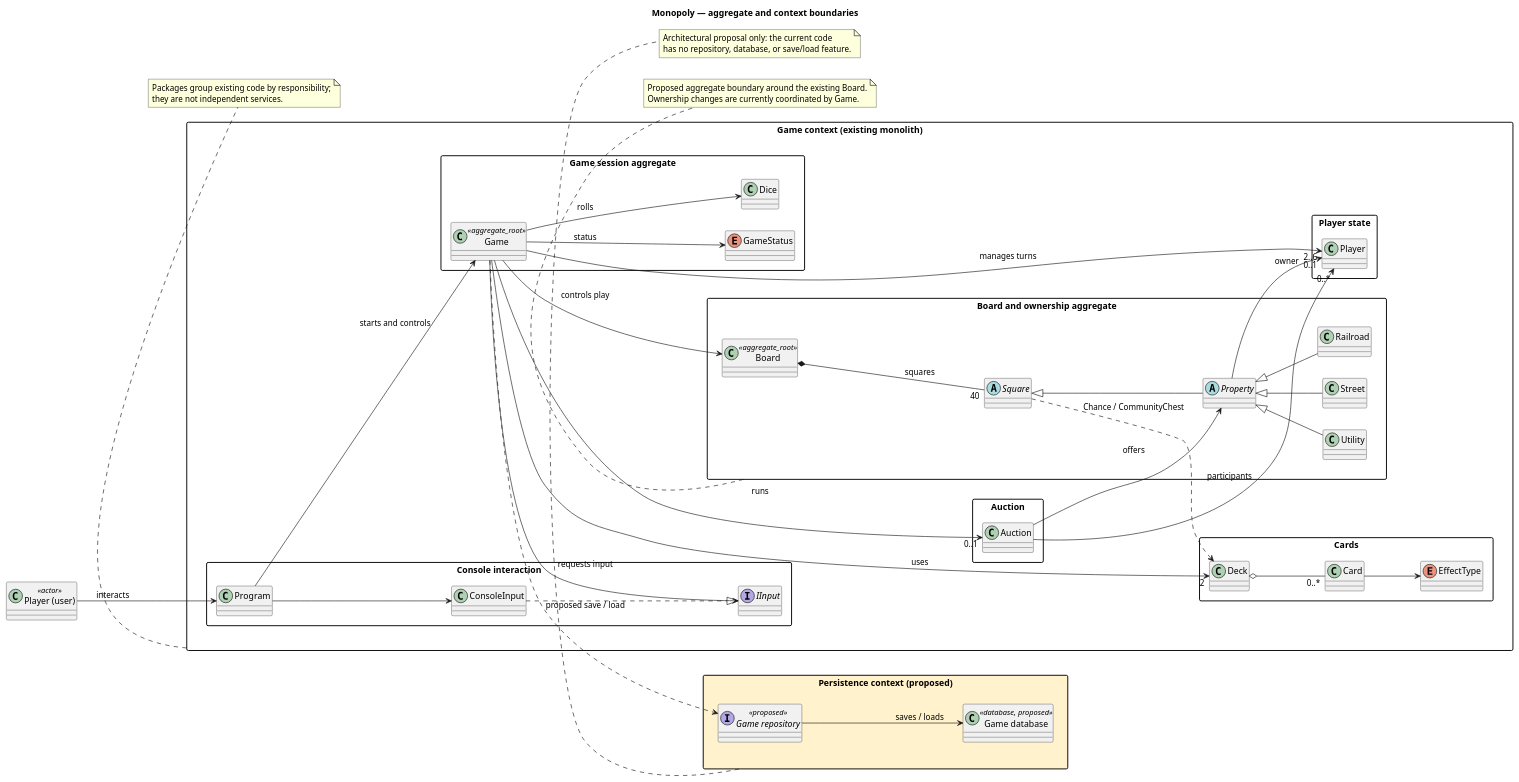
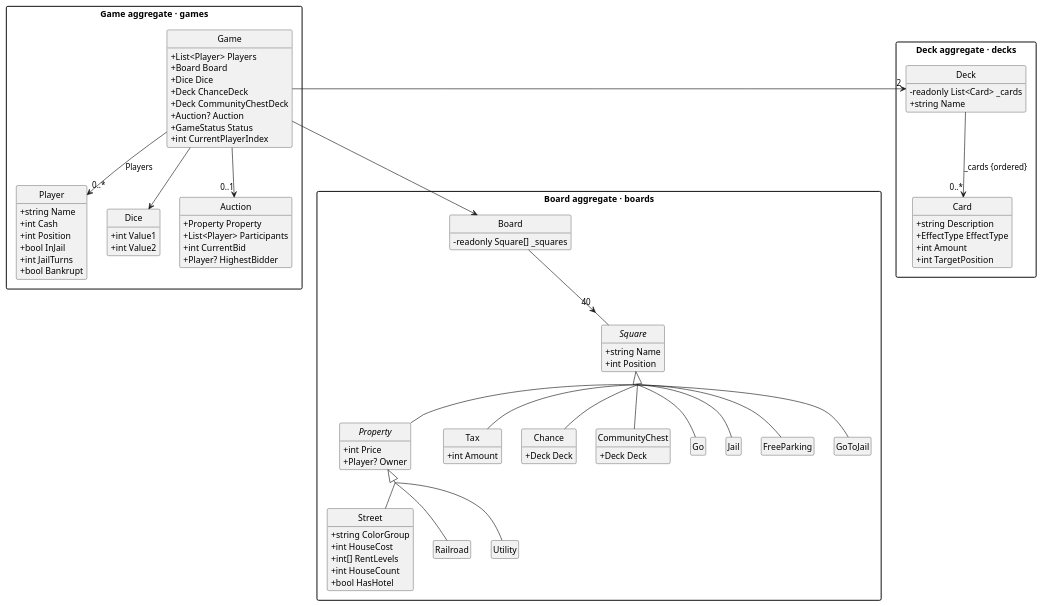
Before and after one commit to penamarth/bsbo-11-24_team4_var14_monopoly: the diagram in агрегаты.puml, drawn with PlantUML. The commit also changed 22 other files, not shown here.

Commit message:
переделали агрегаты, puml диаграммы последовательности и подкоректировали описание прецедентов и программы

```diff
--- a/агрегаты.puml
+++ b/агрегаты.puml
@@ -1,89 +1,126 @@
 @startuml
-title Monopoly — aggregate and context boundaries
-left to right direction
+
+skinparam shadowing false
 skinparam packageStyle rectangle
-skinparam shadowing false
+skinparam classAttributeIconSize 0
+skinparam groupInheritance 2
+skinparam ranksep 42
+skinparam nodesep 32
+hide circle
+hide empty members
 
-class "Player (user)" as User <<actor>>
-
-package "Game context (existing monolith)" as GameContext {
-  package "Game session aggregate" as Session {
-    class Game <<aggregate_root>>
-    enum GameStatus
-    class Dice
-    Game --> GameStatus : status
-    Game --> Dice : rolls
+package "Game aggregate · games" as GameAggregate {
+  class Game {
+    + List<Player> Players
+    + Board Board
+    + Dice Dice
+    + Deck ChanceDeck
+    + Deck CommunityChestDeck
+    + Auction? Auction
+    + GameStatus Status
+    + int CurrentPlayerIndex
   }
 
-  package "Board and ownership aggregate" as BoardAggregate {
-    class Board <<aggregate_root>>
-    abstract class Square
-    abstract class Property
-    class Street
-    class Railroad
-    class Utility
-    Board *-- "40" Square : squares
-    Square <|-- Property
-    Property <|-- Street
-    Property <|-- Railroad
-    Property <|-- Utility
+  class Player {
+    + string Name
+    + int Cash
+    + int Position
+    + bool InJail
+    + int JailTurns
+    + bool Bankrupt
   }
 
-  package "Player state" as PlayerGroup {
-    class Player
+  class Dice {
+    + int Value1
+    + int Value2
   }
 
-  package "Cards" as Cards {
-    class Deck
-    class Card
-    enum EffectType
-    Deck o-- "0..*" Card
-    Card --> EffectType
+  class Auction {
+    + Property Property
+    + List<Player> Participants
+    + int CurrentBid
+    + Player? HighestBidder
   }
 
-  package "Auction" as AuctionGroup {
-    class Auction
+  Game --> "0..*" Player : Players
+  Game --> Dice
+  Game --> "0..1" Auction
+}
+
+package "Board aggregate · boards" as BoardAggregate  {
+  class Board {
+    - readonly Square[] _squares
   }
 
-  package "Console interaction" as ConsoleGroup {
-    class Program
-    interface IInput
-    class ConsoleInput
-    ConsoleInput ..|> IInput
-    Program --> ConsoleInput
+  abstract class Square {
+    + string Name
+    + int Position
   }
 
-  Game --> "2..6" Player : manages turns
-  Game --> Board : controls play
-  Game --> "2" Deck : uses
-  Game --> "0..1" Auction : runs
-  Game --> IInput : requests input
-  Property --> "0..1" Player : owner
-  Auction --> Property : offers
-  Auction --> "0..*" Player : participants
-  Square ..> Deck : Chance / CommunityChest
-  Program --> Game : starts and controls
+  abstract class Property {
+    + int Price
+    + Player? Owner
+  }
+
+  class Street {
+    + string ColorGroup
+    + int HouseCost
+    + int[] RentLevels
+    + int HouseCount
+    + bool HasHotel
+  }
+
+  class Railroad
+  class Utility
+
+  class Tax {
+    + int Amount
+  }
+
+  class Chance {
+    + Deck Deck
+  }
+
+  class CommunityChest {
+    + Deck Deck
+  }
+
+  class Go
+  class Jail
+  class FreeParking
+  class GoToJail
+
+  Board --> "40" Square
+  Square <|-- Property
+  Square <|-- Tax
+  Square <|-- Chance
+  Square <|-- CommunityChest
+  Square <|-- Go
+  Square <|-- Jail
+  Square <|-- FreeParking
+  Square <|-- GoToJail
+  Property <|-- Street
+  Property <|-- Railroad
+  Property <|-- Utility
 }
 
-package "Persistence context (proposed)" as Persistence #FFF2CC {
-  interface "Game repository" as GameRepository <<proposed>>
-  class "Game database" as GameDatabase <<database, proposed>>
-  GameRepository --> GameDatabase : saves / loads
+package "Deck aggregate · decks" as DeckAggregate  {
+  class Deck {
+    - readonly List<Card> _cards
+    + string Name
+  }
+
+  class Card {
+    + string Description
+    + EffectType EffectType
+    + int Amount
+    + int TargetPosition
+  }
+
+  Deck --> "0..*" Card : _cards {ordered}
 }
 
-User --> Program : interacts
-Game ..> GameRepository : proposed save / load
+Game -down-> Board
+Game -right-> "2" Deck
 
-note bottom of BoardAggregate
-  Proposed aggregate boundary around the existing Board.
-  Ownership changes are currently coordinated by Game.
-end note
-note bottom of Persistence
-  Architectural proposal only: the current code
-  has no repository, database, or save/load feature.
-end note
-note bottom of GameContext
-  Packages group existing code by responsibility;
-  they are not independent services.
-end note
 @enduml
```
